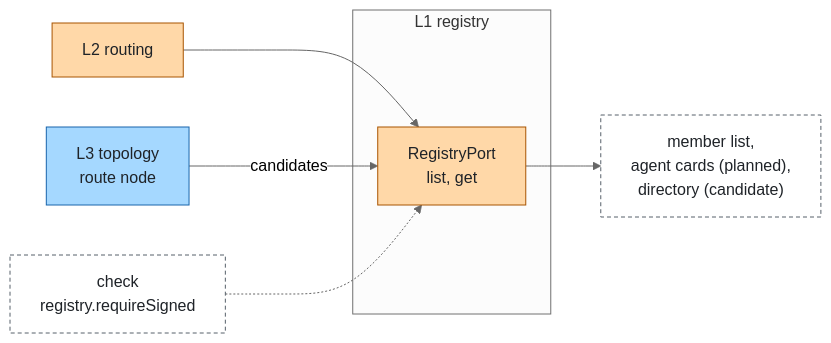
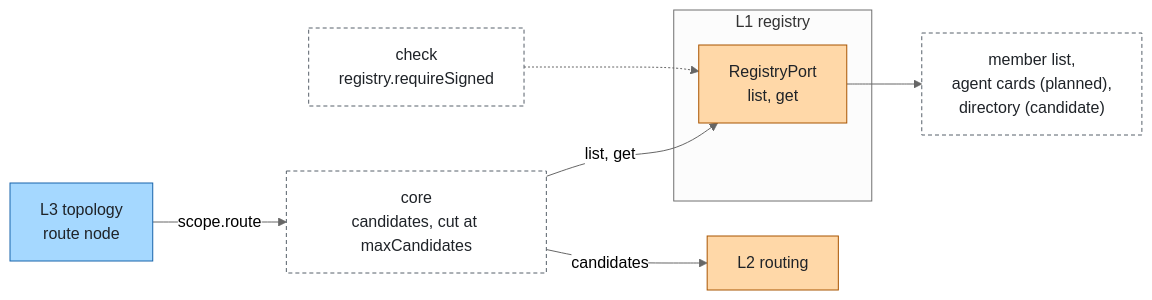
One commit to aantenore/agent-plexus changed the diagram in docs/layers/registry.md. Above: the diagram before and after it, drawn with Mermaid (neutral theme). The commit also changed 10 other files, not shown here.

First line of the commit message:
docs: system figure and diagrams in the agent-layers style

````diff
--- a/docs/layers/registry.md
+++ b/docs/layers/registry.md
@@ -25,13 +25,14 @@
 ```mermaid
 flowchart LR
-  routing["L2 routing"]:::model --> rg
-  topology["L3 topology<br/>route node"]:::agent -->|"candidates"| rg
+  topology["L3 topology<br/>route node"]:::agent -->|"scope.route"| core["core<br/>candidates, cut at maxCandidates"]:::external
+  core -->|"list, get"| rg
   subgraph sg["L1 registry"]
     rg["RegistryPort<br/>list, get"]:::model
   end
+  core -->|"candidates"| routing["L2 routing"]:::model
   rg --> src["member list,<br/>agent cards (planned),<br/>directory (candidate)"]:::external
   check["check<br/>registry.requireSigned"]:::external -.-> rg
   classDef model fill:#ffd8a8,stroke:#a85400,color:#1f2328
   classDef agent fill:#a5d8ff,stroke:#1864ab,color:#1f2328
   classDef external fill:#ffffff,stroke:#57606a,color:#1f2328,stroke-dasharray:4 3
 ```
````
